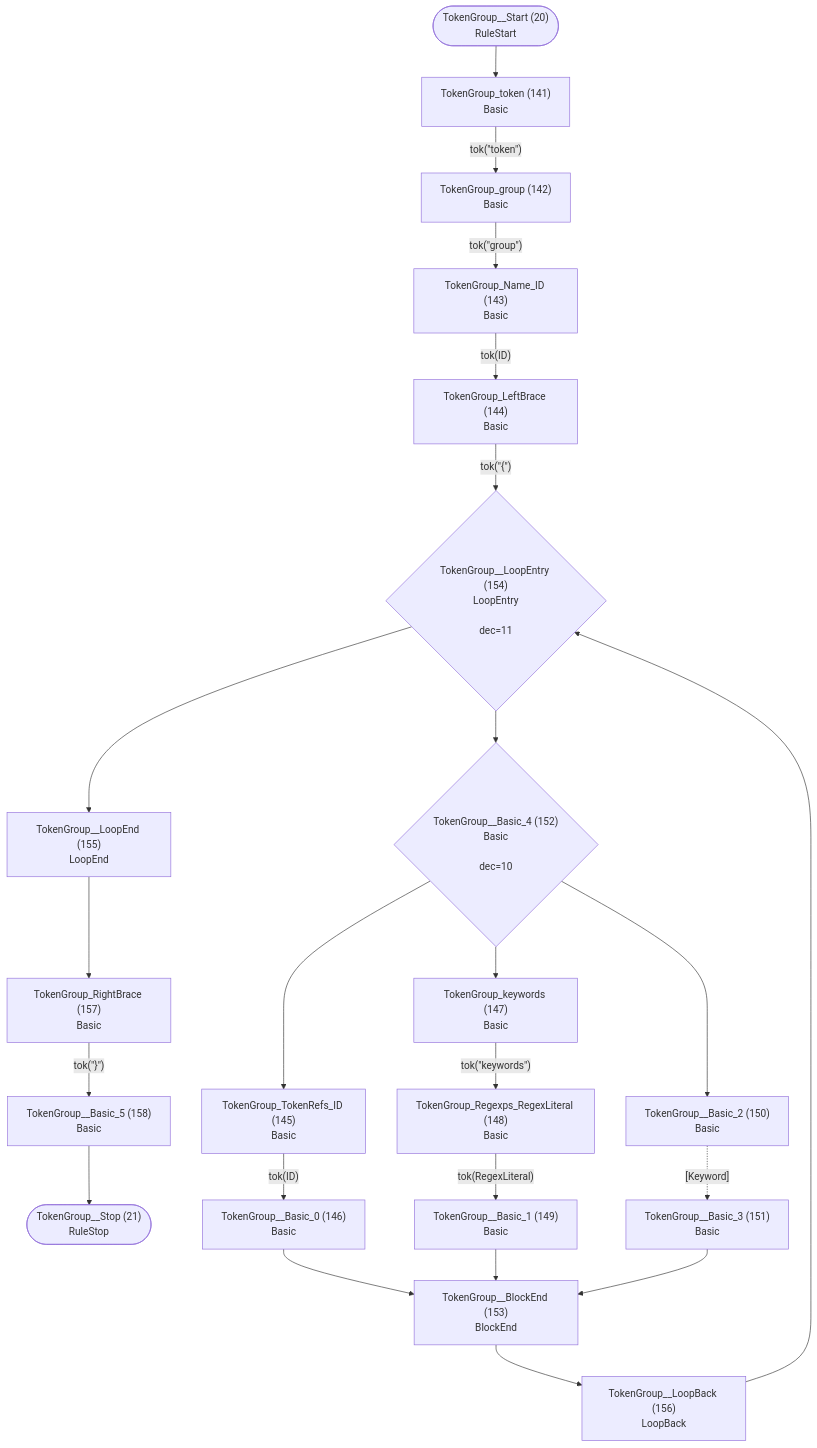
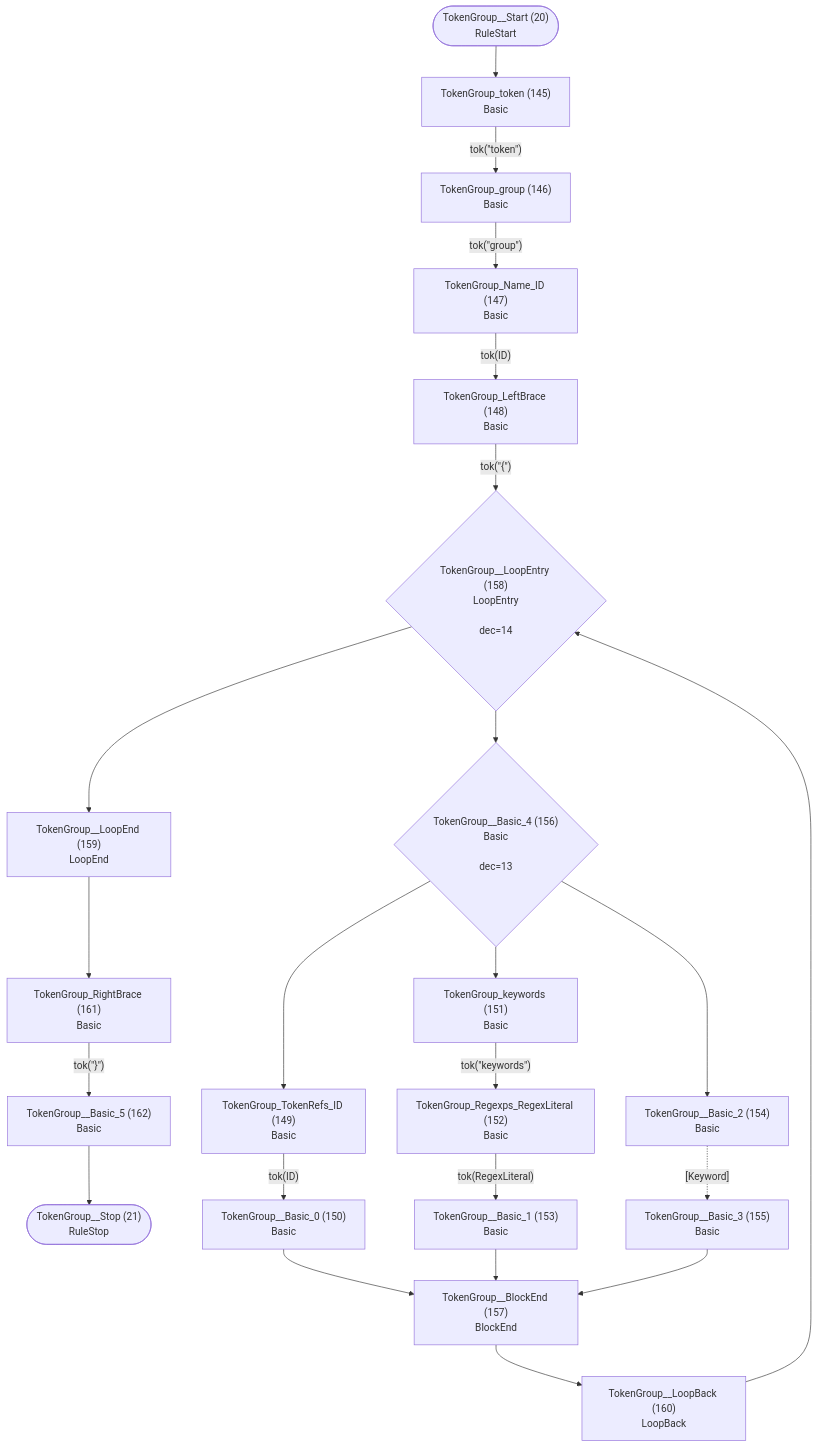
Diagram 11 of 26 in internal/grammar/atn.md (TypeFox/fastbelt), drawn with Mermaid before and after one commit. The commit also changed other lines of this file and 7 other files, not shown here.

````diff
--- a/internal/grammar/atn.md
+++ b/internal/grammar/atn.md
@@ -299,46 +310,46 @@
 ```mermaid
 flowchart TD
     q20(["TokenGroup__Start (20)<br/>RuleStart"])
     q21(["TokenGroup__Stop (21)<br/>RuleStop"])
-    q141["TokenGroup_token (141)<br/>Basic<br/>"]
-    q142["TokenGroup_group (142)<br/>Basic<br/>"]
-    q143["TokenGroup_Name_ID (143)<br/>Basic<br/>"]
-    q144["TokenGroup_LeftBrace (144)<br/>Basic<br/>"]
-    q145["TokenGroup_TokenRefs_ID (145)<br/>Basic<br/>"]
-    q146["TokenGroup__Basic_0 (146)<br/>Basic<br/>"]
-    q147["TokenGroup_keywords (147)<br/>Basic<br/>"]
-    q148["TokenGroup_Regexps_RegexLiteral (148)<br/>Basic<br/>"]
-    q149["TokenGroup__Basic_1 (149)<br/>Basic<br/>"]
-    q150["TokenGroup__Basic_2 (150)<br/>Basic<br/>"]
-    q151["TokenGroup__Basic_3 (151)<br/>Basic<br/>"]
-    q152{"TokenGroup__Basic_4 (152)<br/>Basic<br/><br/>dec=10"}
-    q153["TokenGroup__BlockEnd (153)<br/>BlockEnd<br/>"]
-    q154{"TokenGroup__LoopEntry (154)<br/>LoopEntry<br/><br/>dec=11"}
-    q155["TokenGroup__LoopEnd (155)<br/>LoopEnd<br/>"]
-    q156["TokenGroup__LoopBack (156)<br/>LoopBack<br/>"]
-    q157["TokenGroup_RightBrace (157)<br/>Basic<br/>"]
-    q158["TokenGroup__Basic_5 (158)<br/>Basic<br/>"]
+    q145["TokenGroup_token (145)<br/>Basic<br/>"]
+    q146["TokenGroup_group (146)<br/>Basic<br/>"]
+    q147["TokenGroup_Name_ID (147)<br/>Basic<br/>"]
+    q148["TokenGroup_LeftBrace (148)<br/>Basic<br/>"]
+    q149["TokenGroup_TokenRefs_ID (149)<br/>Basic<br/>"]
+    q150["TokenGroup__Basic_0 (150)<br/>Basic<br/>"]
+    q151["TokenGroup_keywords (151)<br/>Basic<br/>"]
+    q152["TokenGroup_Regexps_RegexLiteral (152)<br/>Basic<br/>"]
+    q153["TokenGroup__Basic_1 (153)<br/>Basic<br/>"]
+    q154["TokenGroup__Basic_2 (154)<br/>Basic<br/>"]
+    q155["TokenGroup__Basic_3 (155)<br/>Basic<br/>"]
+    q156{"TokenGroup__Basic_4 (156)<br/>Basic<br/><br/>dec=13"}
+    q157["TokenGroup__BlockEnd (157)<br/>BlockEnd<br/>"]
+    q158{"TokenGroup__LoopEntry (158)<br/>LoopEntry<br/><br/>dec=14"}
+    q159["TokenGroup__LoopEnd (159)<br/>LoopEnd<br/>"]
+    q160["TokenGroup__LoopBack (160)<br/>LoopBack<br/>"]
+    q161["TokenGroup_RightBrace (161)<br/>Basic<br/>"]
+    q162["TokenGroup__Basic_5 (162)<br/>Basic<br/>"]
 
-    q20 --> q141
-    q141 -->|"tok(&quot;token&quot;)"| q142
-    q142 -->|"tok(&quot;group&quot;)"| q143
-    q143 -->|"tok(ID)"| q144
-    q144 -->|"tok(&quot;{&quot;)"| q154
-    q145 -->|"tok(ID)"| q146
-    q146 --> q153
-    q147 -->|"tok(&quot;keywords&quot;)"| q148
-    q148 -->|"tok(RegexLiteral)"| q149
-    q149 --> q153
-    q150 -.->|"[Keyword]"| q151
-    q151 --> q153
-    q152 --> q145
-    q152 --> q147
-    q152 --> q150
-    q153 --> q156
-    q154 --> q152
-    q154 --> q155
+    q20 --> q145
+    q145 -->|"tok(&quot;token&quot;)"| q146
+    q146 -->|"tok(&quot;group&quot;)"| q147
+    q147 -->|"tok(ID)"| q148
+    q148 -->|"tok(&quot;{&quot;)"| q158
+    q149 -->|"tok(ID)"| q150
+    q150 --> q157
+    q151 -->|"tok(&quot;keywords&quot;)"| q152
+    q152 -->|"tok(RegexLiteral)"| q153
+    q153 --> q157
+    q154 -.->|"[Keyword]"| q155
     q155 --> q157
+    q156 --> q149
+    q156 --> q151
     q156 --> q154
-    q157 -->|"tok(&quot;}&quot;)"| q158
-    q158 --> q21
+    q157 --> q160
+    q158 --> q156
+    q158 --> q159
+    q159 --> q161
+    q160 --> q158
+    q161 -->|"tok(&quot;}&quot;)"| q162
+    q162 --> q21
 ```
````
